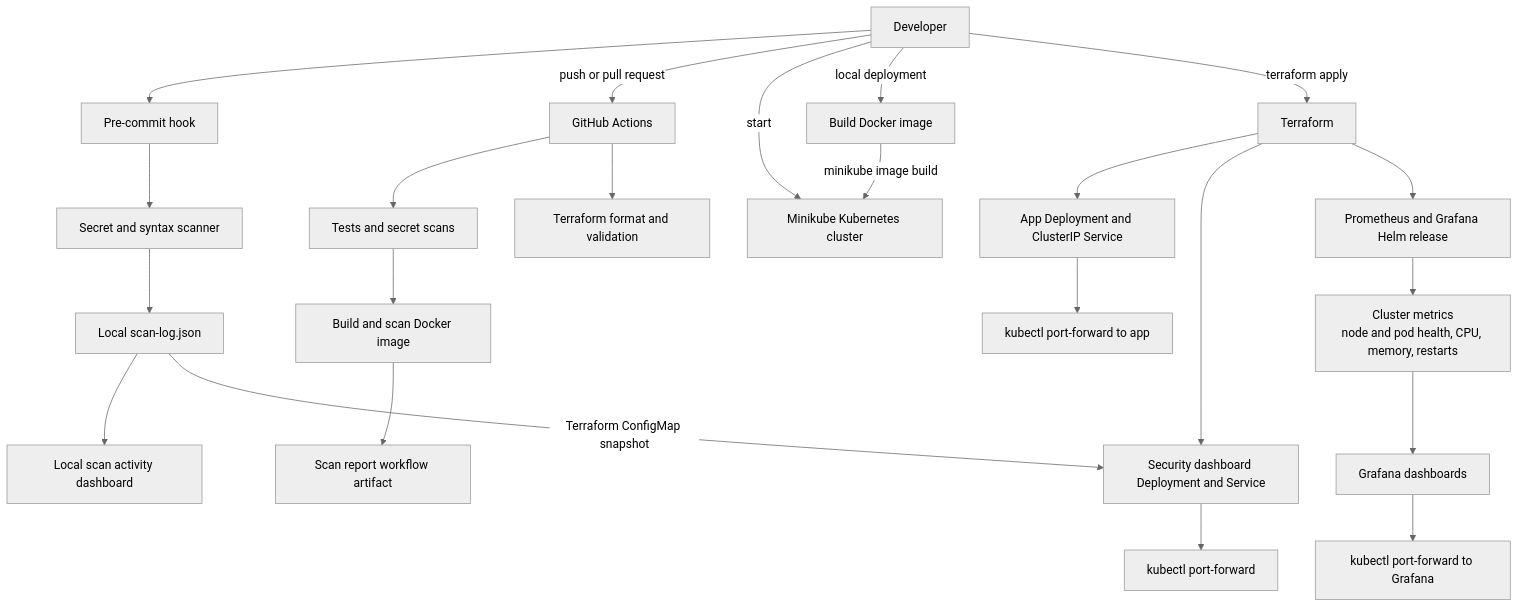
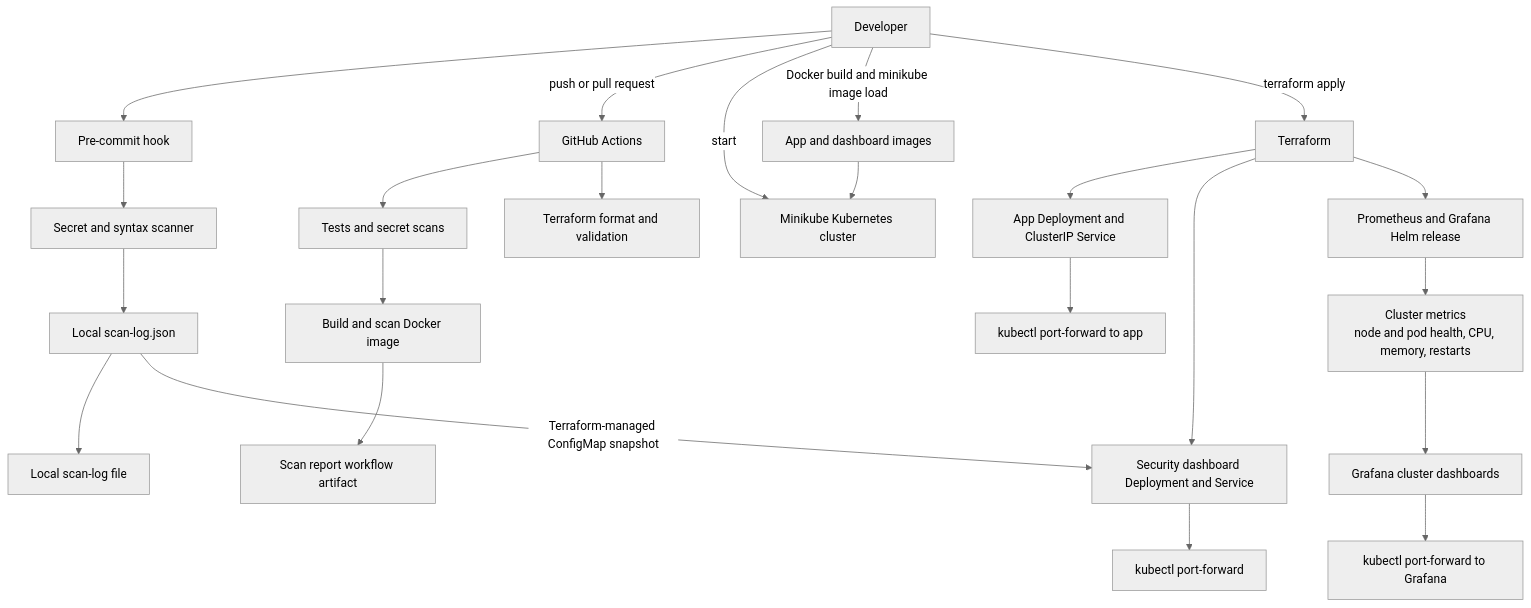
One commit to maiaiai21/githook-shield-v1 changed the diagram in README.md. Above: the diagram before and after it, drawn with Mermaid (neutral theme). The commit also changed other lines of this file, not shown here.

````diff
--- a/README.md
+++ b/README.md
@@ -19,27 +19,27 @@
 ```mermaid
 flowchart TD
     Dev[Developer] --> Hook[Pre-commit hook]
     Hook --> Scanner[Secret and syntax scanner]
     Scanner --> Log[Local scan-log.json]
-    Log --> ScanDashboard[Local scan activity dashboard]
+    Log --> ScanDashboard[Local scan-log file]
 
     Dev -->|push or pull request| CI[GitHub Actions]
     CI --> Tests[Tests and secret scans]
     Tests --> Build[Build and scan Docker image]
     Build --> Artifact[Scan report workflow artifact]
     CI --> TFCheck[Terraform format and validation]
 
     Dev -->|start| Cluster[Minikube Kubernetes cluster]
-    Dev -->|local deployment| Image[Build Docker image]
-    Image -->|minikube image build| Cluster
+    Dev -->|Docker build and minikube image load| Image[App and dashboard images]
+    Image --> Cluster
     Dev -->|terraform apply| TF[Terraform]
     TF --> App[App Deployment and ClusterIP Service]
     TF --> SecurityDash[Security dashboard Deployment and Service]
-    Log -->|Terraform ConfigMap snapshot| SecurityDash
+    Log -->|Terraform-managed ConfigMap snapshot| SecurityDash
     SecurityDash --> SecurityDashAccess[kubectl port-forward]
     TF --> Helm[Prometheus and Grafana Helm release]
     Helm --> Metrics[Cluster metrics<br/>node and pod health, CPU, memory, restarts]
-    Metrics --> Grafana[Grafana dashboards]
+    Metrics --> Grafana[Grafana cluster dashboards]
     App --> AppAccess[kubectl port-forward to app]
     Grafana --> GrafanaAccess[kubectl port-forward to Grafana]
 ```
````
